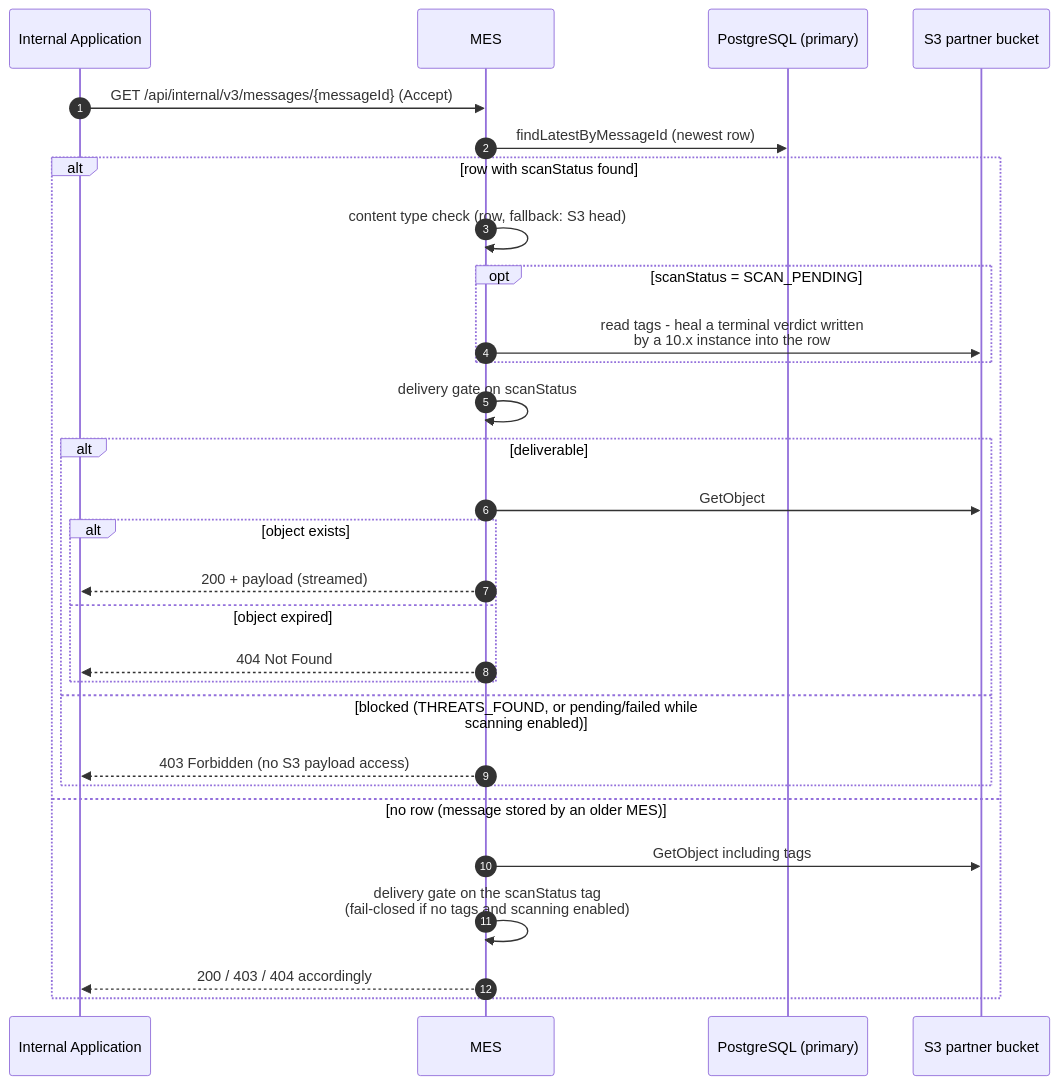
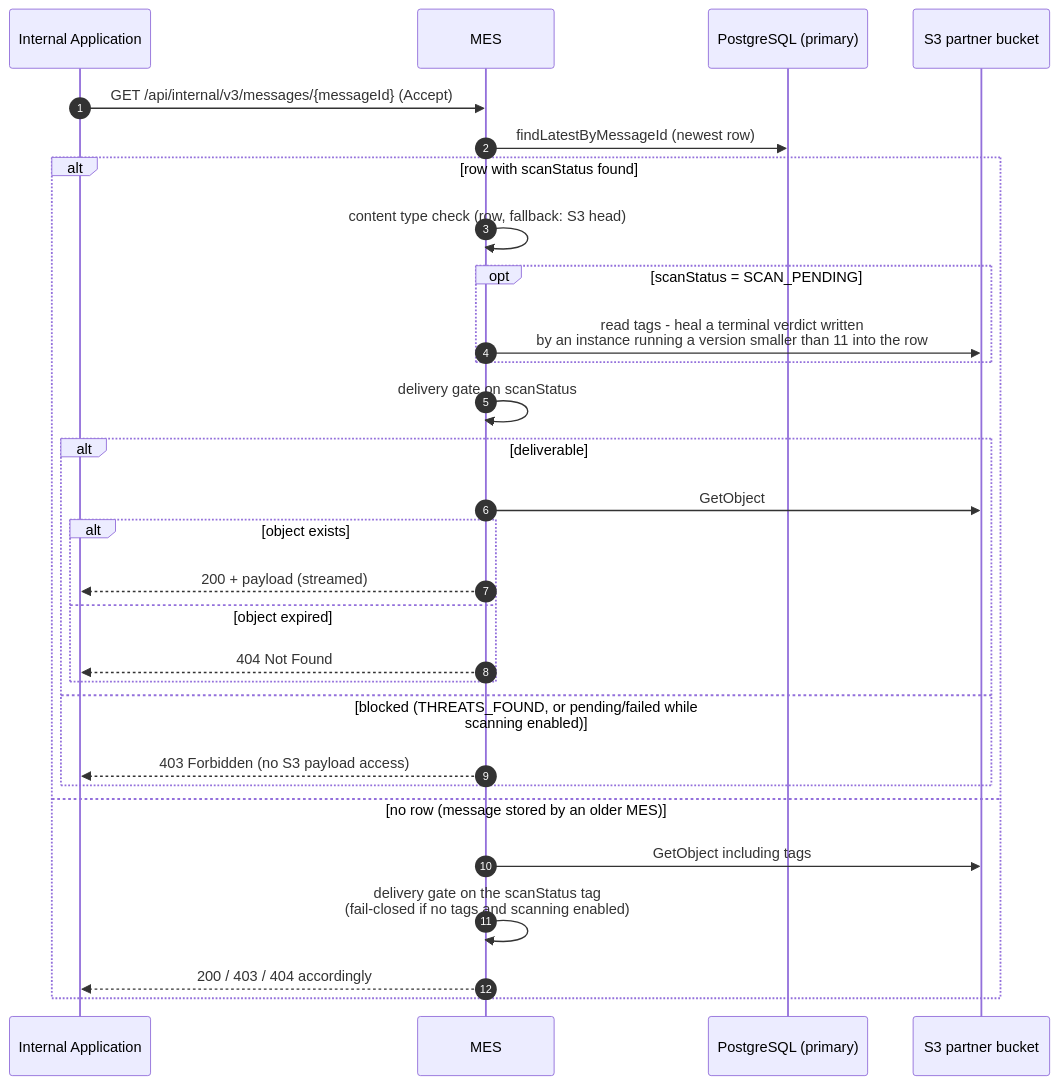
Before and after one commit to jeap-admin-ch/jeap-message-exchange-service: the third of 5 diagrams in docs/message-flows.md, drawn with Mermaid. The commit also changed other lines of this file and 5 other files, not shown here.

Commit message:
JEAP-7230: Target the current MES version in the upgrade guide and document the new message body upload options

````diff
--- a/docs/message-flows.md
+++ b/docs/message-flows.md
@@ -146,32 +146,32 @@
 ```mermaid
 sequenceDiagram
     autonumber
     participant INT as Internal Application
     participant MES
     participant DB as PostgreSQL (primary)
     participant S3 as S3 partner bucket
 
     INT->>MES: GET /api/internal/v3/messages/{messageId} (Accept)
     MES->>DB: findLatestByMessageId (newest row)
     alt row with scanStatus found
         MES->>MES: content type check (row, fallback: S3 head)
         opt scanStatus = SCAN_PENDING
-            MES->>S3: read tags - heal a terminal verdict written<br/>by a 10.x instance into the row
+            MES->>S3: read tags - heal a terminal verdict written<br/>by an instance running a version smaller than 11 into the row
         end
         MES->>MES: delivery gate on scanStatus
         alt deliverable
             MES->>S3: GetObject
             alt object exists
                 MES-->>INT: 200 + payload (streamed)
             else object expired
                 MES-->>INT: 404 Not Found
             end
         else blocked (THREATS_FOUND, or pending/failed while scanning enabled)
             MES-->>INT: 403 Forbidden (no S3 payload access)
         end
     else no row (message stored by an older MES)
         MES->>S3: GetObject including tags
         MES->>MES: delivery gate on the scanStatus tag<br/>(fail-closed if no tags and scanning enabled)
         MES-->>INT: 200 / 403 / 404 accordingly
     end
 ```
````
